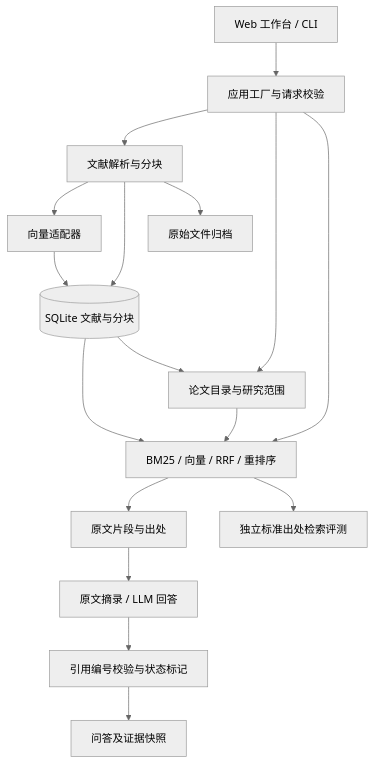
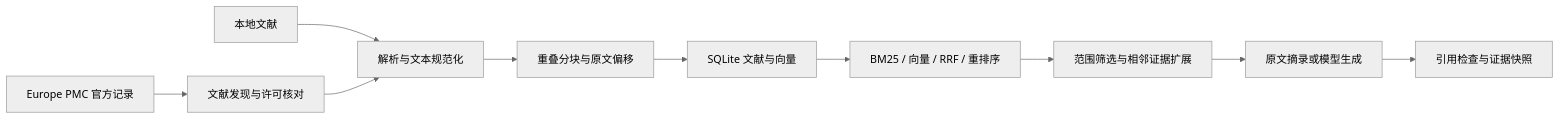
The diagram in docs/架构设计.md (lambz1228/RAG-), drawn with Mermaid (neutral theme) before and after one commit. The commit also changed other lines of this file and 174 other files, not shown here.

````diff
--- a/docs/架构设计.md
+++ b/docs/架构设计.md
@@ -11,19 +5,12 @@
 ```mermaid
-flowchart TD
-    UI[Web 工作台 / CLI] --> API[应用工厂与请求校验]
-    API --> Ingest[文献解析与分块]
-    API --> Papers[论文目录与研究范围]
-    Ingest --> Embed[向量适配器]
-    Ingest --> DB[(SQLite 文献与分块)]
-    Embed --> DB
-    Ingest --> Files[原始文件归档]
-    API --> Search[BM25 / 向量 / RRF / 重排序]
-    DB --> Search
-    DB --> Papers
-    Papers --> Search
-    Search --> Evidence[原文片段与出处]
-    Evidence --> QA[原文摘录 / LLM 回答]
-    QA --> Validate[引用编号校验与状态标记]
-    Validate --> History[问答及证据快照]
-    Search --> Eval[独立标准出处检索评测]
+flowchart LR
+  A[Europe PMC 官方记录] --> B[文献发现与许可核对]
+  C[本地文献] --> D[解析与文本规范化]
+  B --> D
+  D --> E[重叠分块与原文偏移]
+  E --> F[SQLite 文献与向量]
+  F --> G[BM25 / 向量 / RRF / 重排序]
+  G --> H[范围筛选与相邻证据扩展]
+  H --> I[原文摘录或模型生成]
+  I --> J[引用检查与证据快照]
 ```
````
